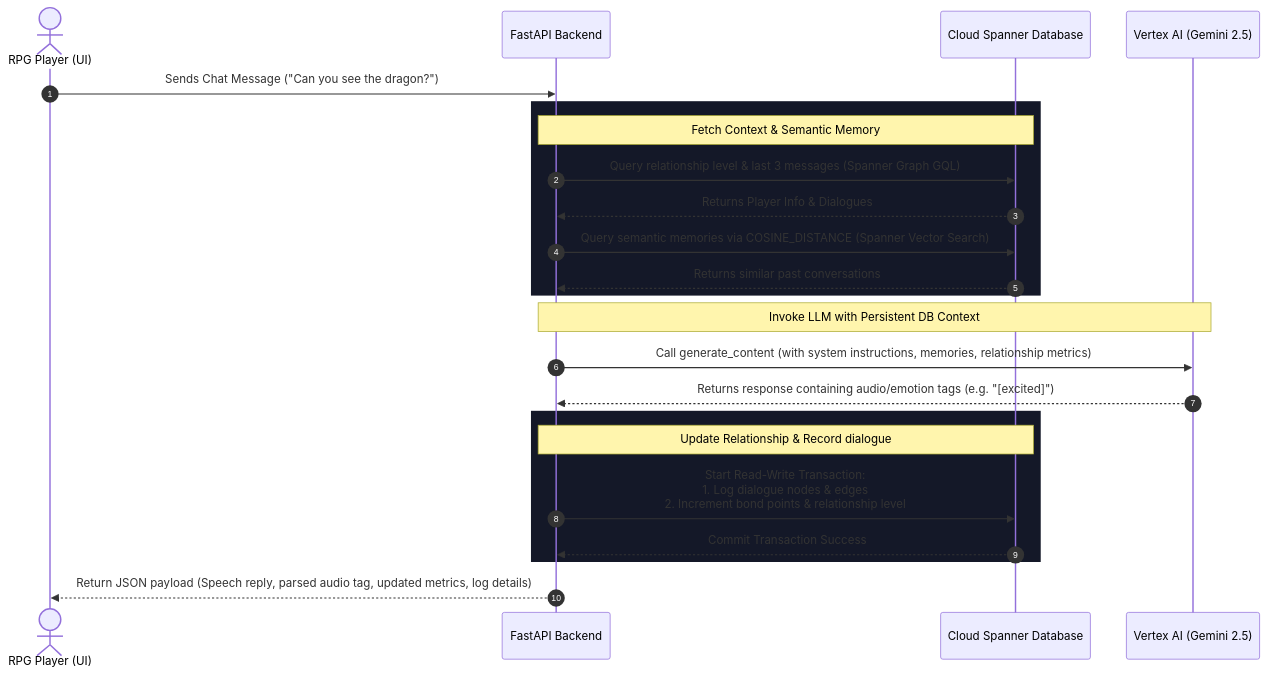
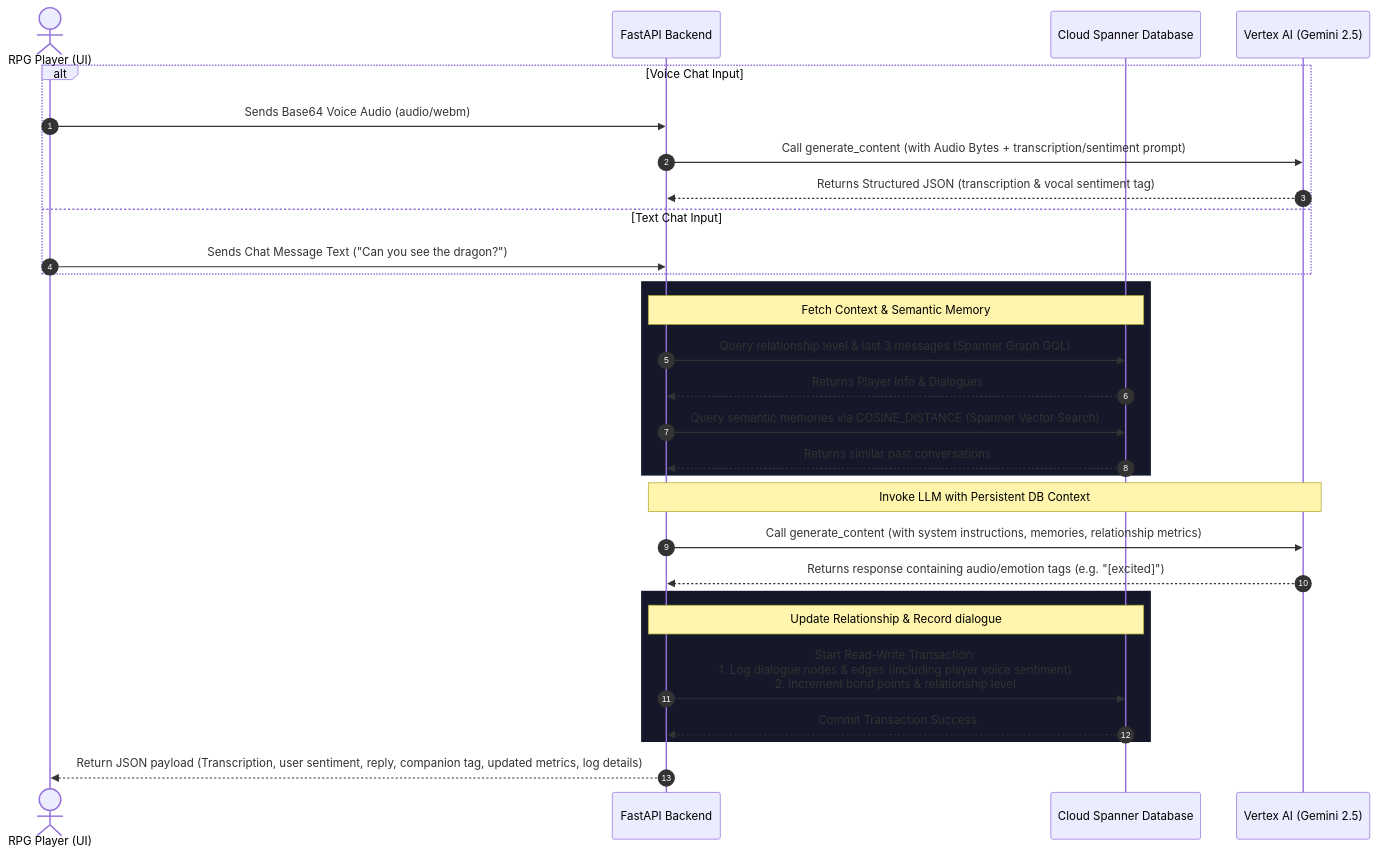
Before and after one commit to priteshjani/memoria-spanner: the diagram in README.md, drawn with Mermaid. The commit also changed other lines of this file, not shown here.

Commit message:
Update README.md with voice sentiment analysis, key capabilities, sample conversation and updated process flow

````diff
--- a/README.md
+++ b/README.md
@@ -51,30 +57,36 @@
 ```mermaid
 sequenceDiagram
     autonumber
     actor Player as RPG Player (UI)
     participant API as FastAPI Backend
     participant Spanner as Cloud Spanner Database
     participant Vertex as Vertex AI (Gemini 2.5)
 
-    Player->>API: Sends Chat Message ("Can you see the dragon?")
+    alt Voice Chat Input
+        Player->>API: Sends Base64 Voice Audio (audio/webm)
+        API->>Vertex: Call generate_content (with Audio Bytes + transcription/sentiment prompt)
+        Vertex-->>API: Returns Structured JSON (transcription & vocal sentiment tag)
+    else Text Chat Input
+        Player->>API: Sends Chat Message Text ("Can you see the dragon?")
+    end
     
     rect rgb(20, 24, 40)
         Note over API, Spanner: Fetch Context & Semantic Memory
         API->>Spanner: Query relationship level & last 3 messages (Spanner Graph GQL)
         Spanner-->>API: Returns Player Info & Dialogues
         API->>Spanner: Query semantic memories via COSINE_DISTANCE (Spanner Vector Search)
         Spanner-->>API: Returns similar past conversations
     end
 
     Note over API, Vertex: Invoke LLM with Persistent DB Context
     API->>Vertex: Call generate_content (with system instructions, memories, relationship metrics)
     Vertex-->>API: Returns response containing audio/emotion tags (e.g. "[excited]")
 
     rect rgb(20, 24, 40)
         Note over API, Spanner: Update Relationship & Record dialogue
-        API->>Spanner: Start Read-Write Transaction:<br/>1. Log dialogue nodes & edges<br/>2. Increment bond points & relationship level
+        API->>Spanner: Start Read-Write Transaction:<br/>1. Log dialogue nodes & edges (including player voice sentiment)<br/>2. Increment bond points & relationship level
         Spanner-->>API: Commit Transaction Success
     end
 
-    API-->>Player: Return JSON payload (Speech reply, parsed audio tag, updated metrics, log details)
+    API-->>Player: Return JSON payload (Transcription, user sentiment, reply, companion tag, updated metrics, log details)
 ```
````
